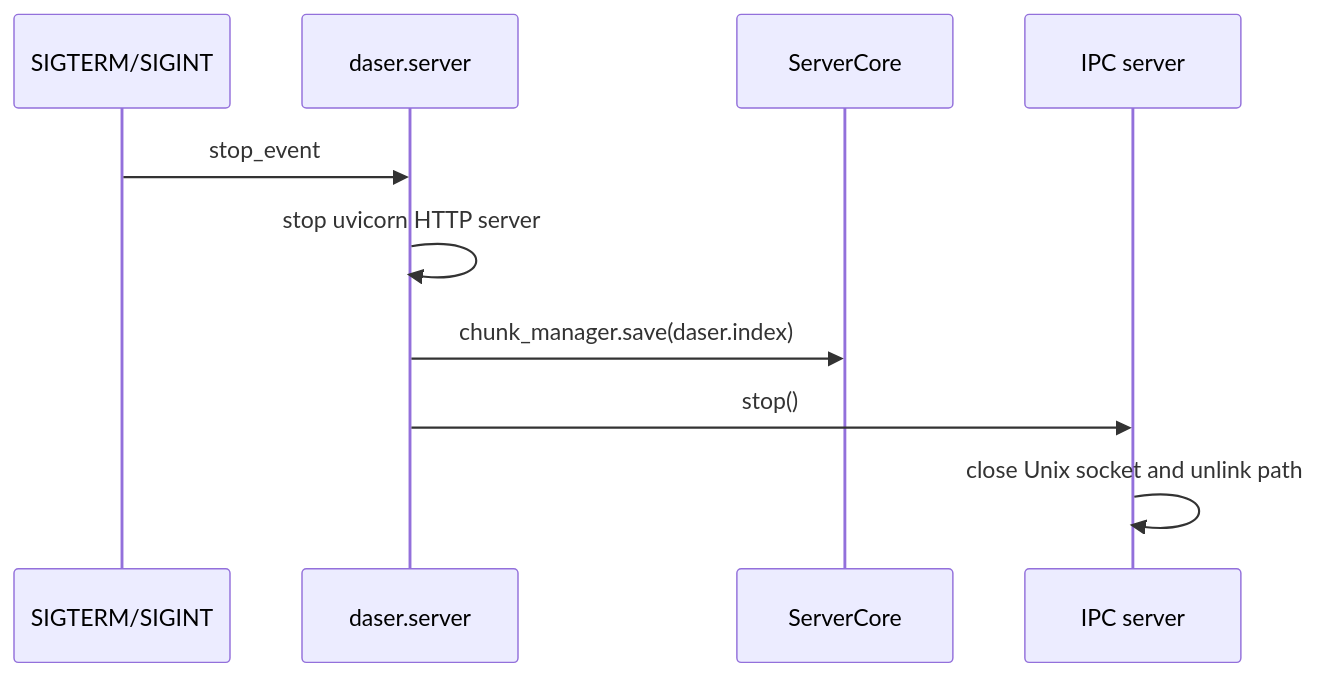
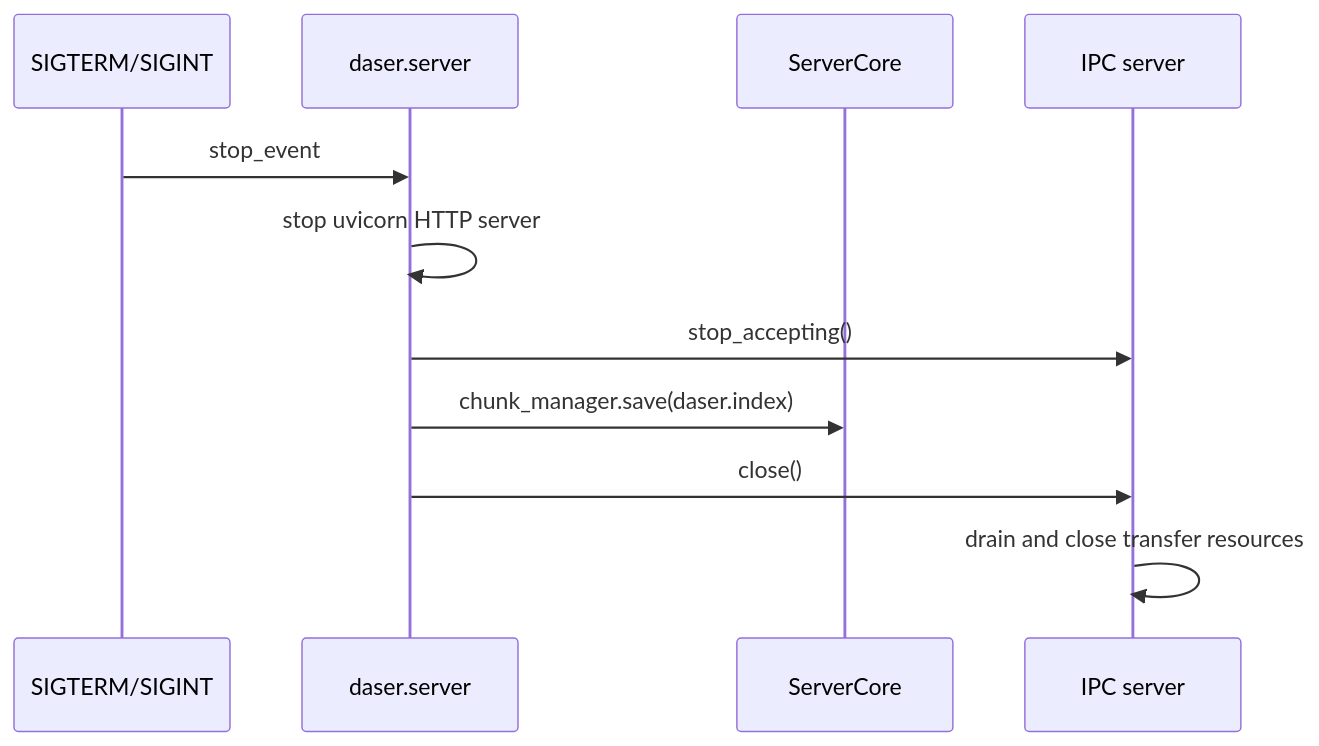
The eighth of 8 diagrams in docs/design/flows.md (GentleCold/DaseR), drawn with Mermaid before and after one commit. The commit also changed other lines of this file and 2 other files, not shown here.

````diff
--- a/docs/design/flows.md
+++ b/docs/design/flows.md
@@ -216,13 +216,14 @@
 ```mermaid
 sequenceDiagram
     participant OS as SIGTERM/SIGINT
     participant Main as daser.server
     participant C as ServerCore
     participant IPC as IPC server
 
     OS->>Main: stop_event
     Main->>Main: stop uvicorn HTTP server
+    Main->>IPC: stop_accepting()
     Main->>C: chunk_manager.save(daser.index)
-    Main->>IPC: stop()
-    IPC->>IPC: close Unix socket and unlink path
+    Main->>IPC: close()
+    IPC->>IPC: drain and close transfer resources
 ```
````
